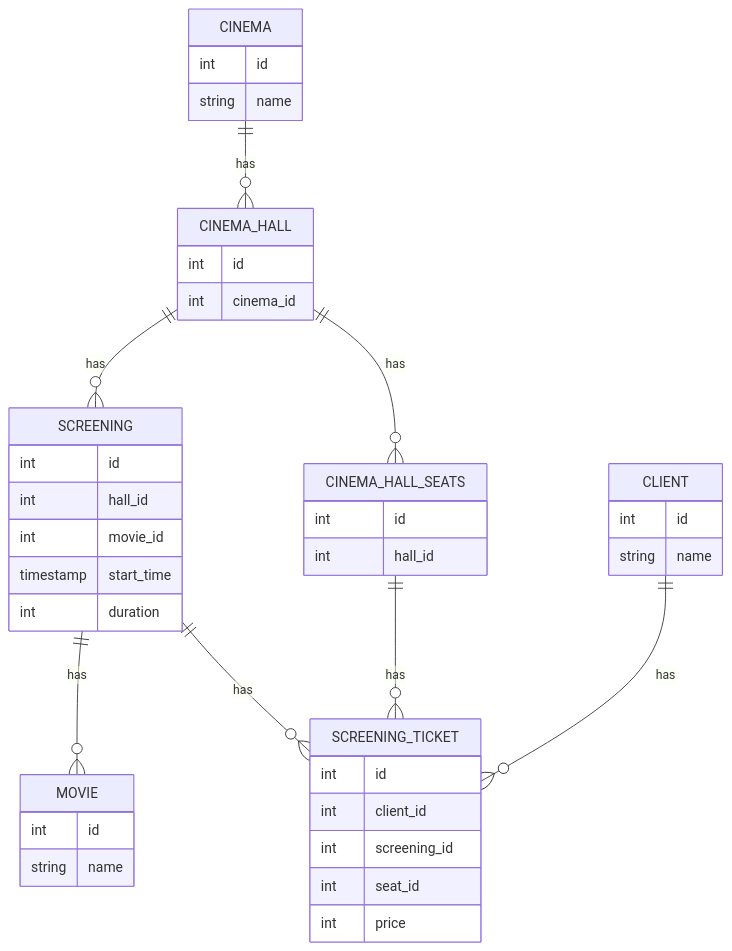
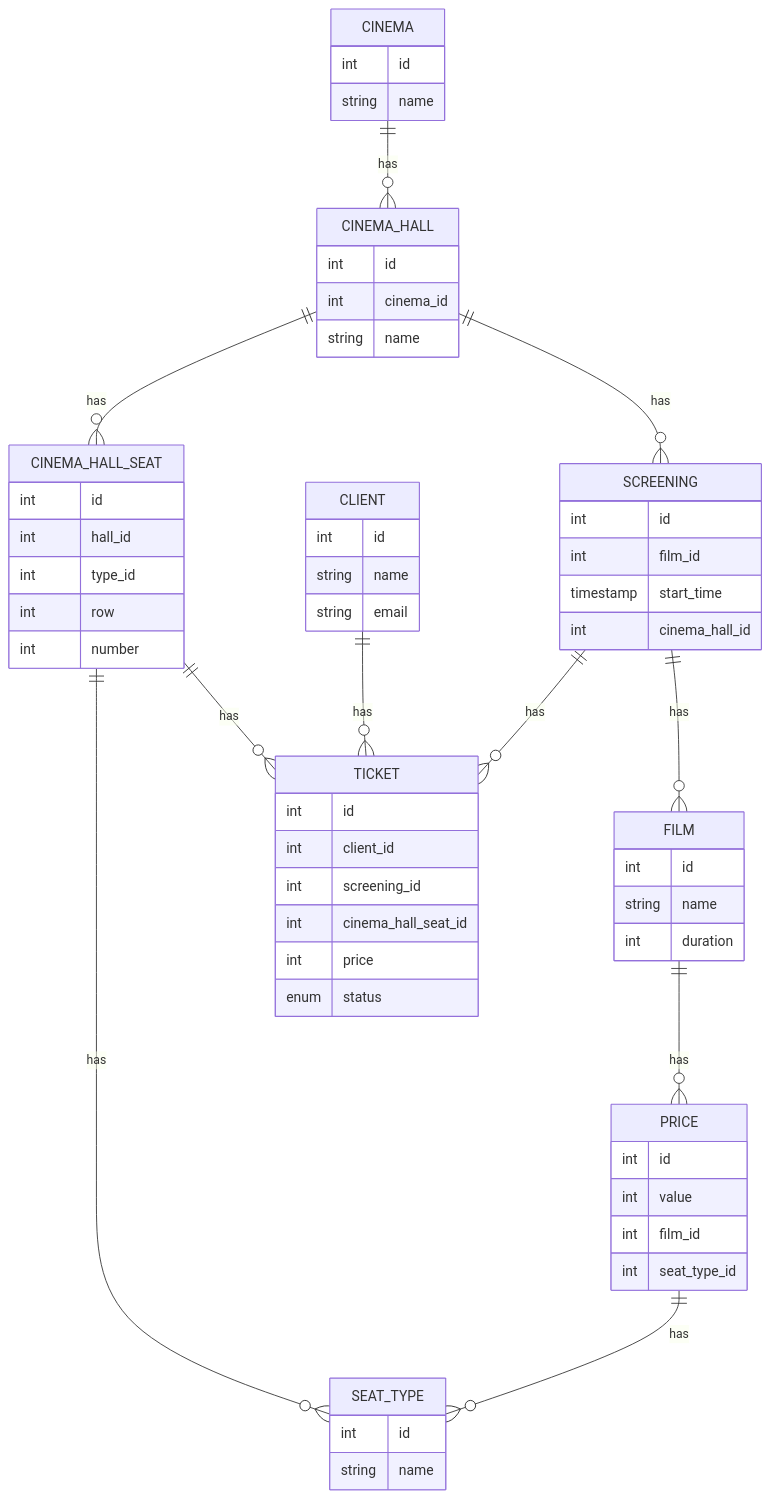
Before and after one commit to otusteamedu/PHP_2026: the diagram in ER_MODEL.md, drawn with Mermaid. The commit also changed 1 other file, not shown here.

Commit message:
made final er model

````diff
--- a/ER_MODEL.md
+++ b/ER_MODEL.md
@@ -1,44 +1,63 @@
 ```mermaid
 erDiagram
     CINEMA {
         int id
         string name
     }
-    CINEMA ||--o{ CINEMA_HALL : has
     CINEMA_HALL {
         int id
         int cinema_id
+        string name
     }
-    CINEMA_HALL ||--o{ CINEMA_HALL_SEATS : has
-    CINEMA_HALL_SEATS {
+    SEAT_TYPE {
+        int id
+        string name
+    }
+    CINEMA_HALL_SEAT {
         int id
         int hall_id
+        int type_id
+        int row
+        int number
     }
-    CINEMA_HALL ||--o{ SCREENING : has
+    FILM {
+        int id
+        string name
+        int duration
+    }
     SCREENING {
         int id
-        int hall_id
-        int movie_id
+        int film_id
         timestamp start_time
-        int duration
+        int cinema_hall_id
     }
     CLIENT {
         int id
         string name
+        string email
     }
-    CLIENT ||--o{ SCREENING_TICKET : has
-    SCREENING_TICKET {
+    TICKET {
         int id
         int client_id
         int screening_id
-        int seat_id
+        int cinema_hall_seat_id
         int price
+        enum status
     }
-    SCREENING ||--o{ SCREENING_TICKET : has
-    CINEMA_HALL_SEATS ||--o{ SCREENING_TICKET : has
-    SCREENING ||--o{ MOVIE : has
-    MOVIE {
+    PRICE {
         int id
-        string name
+        int value
+        int film_id
+        int seat_type_id
     }
+    CINEMA ||--o{ CINEMA_HALL : has
+    CINEMA_HALL ||--o{ CINEMA_HALL_SEAT : has
+    CINEMA_HALL_SEAT ||--o{ SEAT_TYPE : has
+    PRICE ||--o{ SEAT_TYPE : has
+    CINEMA_HALL ||--o{ SCREENING : has
+    CINEMA_HALL_SEAT ||--o{ TICKET : has
+    SCREENING ||--o{ FILM : has
+    FILM ||--o{ PRICE : has
+    CLIENT ||--o{ TICKET : has
+    SCREENING ||--o{ TICKET : has
 ```
````
